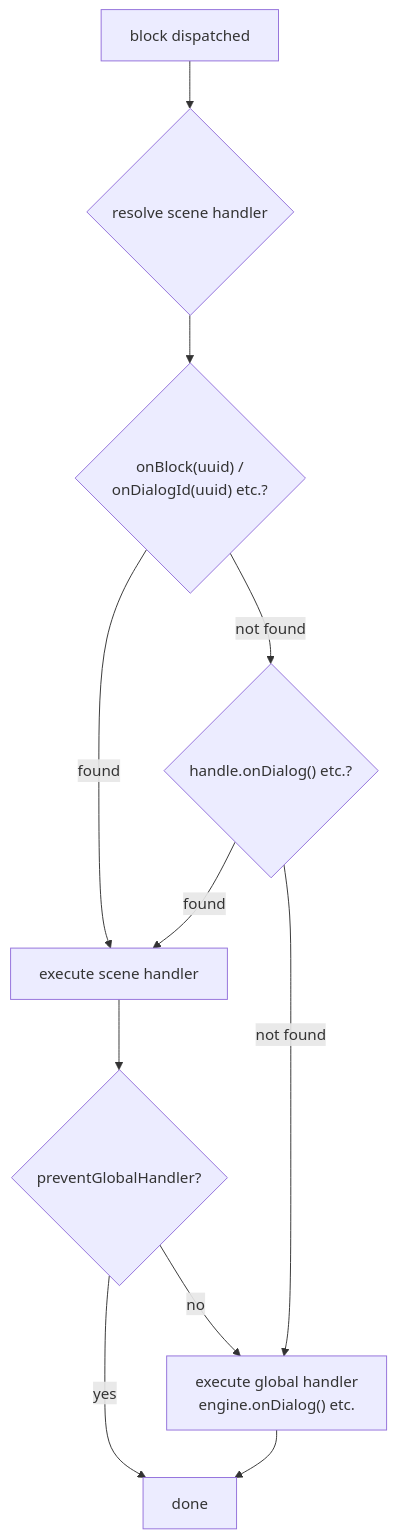
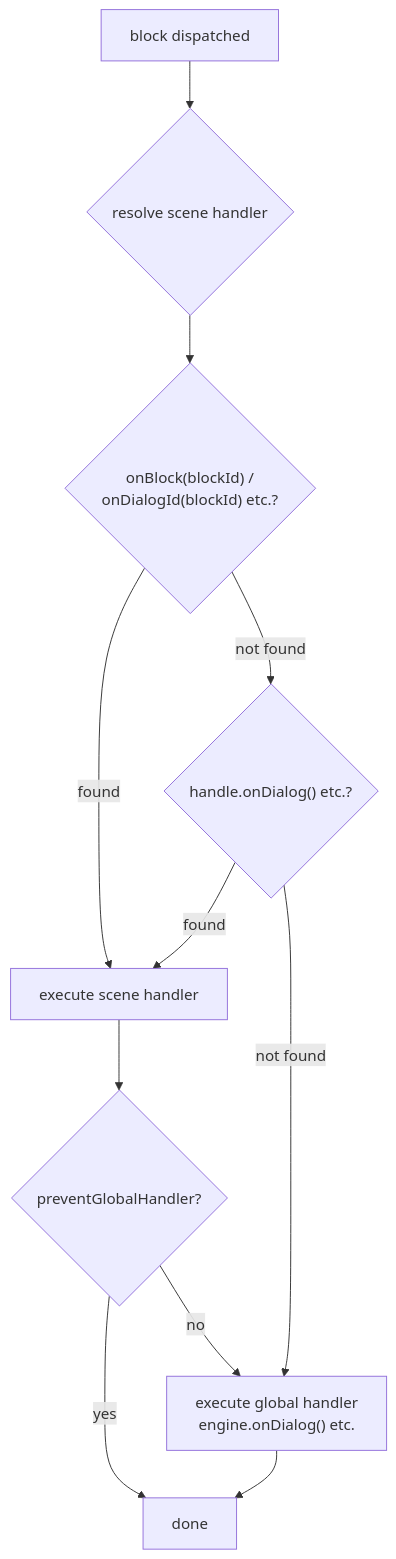
One commit to jonlepage/LS-Dialog-Editor-Engine changed the diagram in lsde-ts/docs/fr/guide/handlers.md. Above: the diagram before and after it, drawn with Mermaid. The commit also changed other lines of this file and 72 other files, not shown here.

First line of the commit message:
fix: update block identifiers from UUID to ID across documentation and codebase

````diff
--- a/lsde-ts/docs/fr/guide/handlers.md
+++ b/lsde-ts/docs/fr/guide/handlers.md
@@ -81,13 +80,13 @@
 ```mermaid
 flowchart TD
     A[block dispatched] --> B{resolve scene handler}
-    B --> B1{"onBlock(uuid) /\nonDialogId(uuid) etc.?"}
+    B --> B1{"onBlock(blockId) /\nonDialogId(blockId) etc.?"}
     B1 -- found --> S
     B1 -- not found --> B2{"handle.onDialog() etc.?"}
     B2 -- found --> S
     B2 -- not found --> G
     S[execute scene handler] --> D{preventGlobalHandler?}
     D -- yes --> Z[done]
     D -- no --> G["execute global handler\nengine.onDialog() etc."]
     G --> Z
 ```
````
